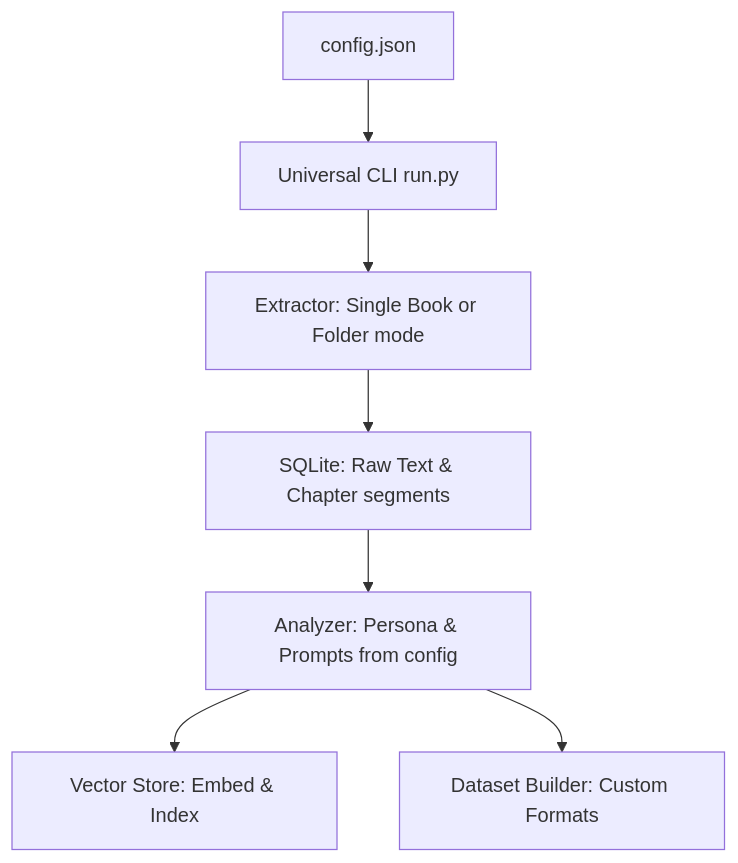
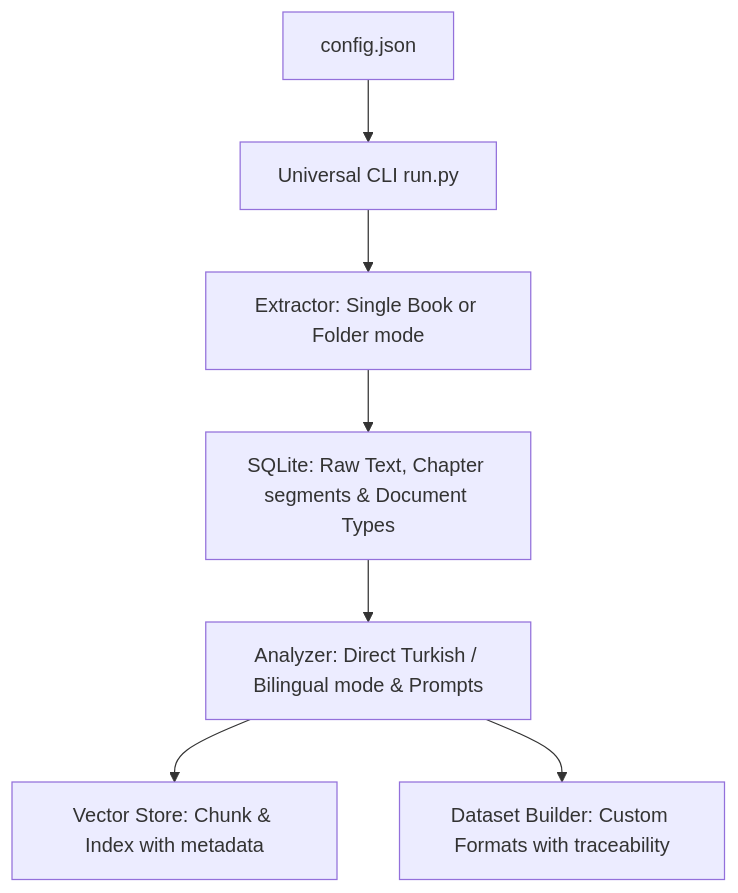
The diagram in .antigravity/roadmap_universal_pipeline.md (onkanat/elektor), drawn with Mermaid before and after one commit. The commit also changed other lines of this file and 10 other files, not shown here.

Commit message:
feat: complete Turkish dataset pipeline, recovery and export

````diff
--- a/.antigravity/roadmap_universal_pipeline.md
+++ b/.antigravity/roadmap_universal_pipeline.md
@@ -11,9 +11,9 @@
 ```mermaid
 graph TD
     A[config.json] --> B[Universal CLI run.py]
     B --> C[Extractor: Single Book or Folder mode]
-    C --> D[SQLite: Raw Text & Chapter segments]
-    D --> E[Analyzer: Persona & Prompts from config]
-    E --> F[Vector Store: Embed & Index]
-    E --> G[Dataset Builder: Custom Formats]
+    C --> D[SQLite: Raw Text, Chapter segments & Document Types]
+    D --> E[Analyzer: Direct Turkish / Bilingual mode & Prompts]
+    E --> F[Vector Store: Chunk & Index with metadata]
+    E --> G[Dataset Builder: Custom Formats with traceability]
 ```
````
